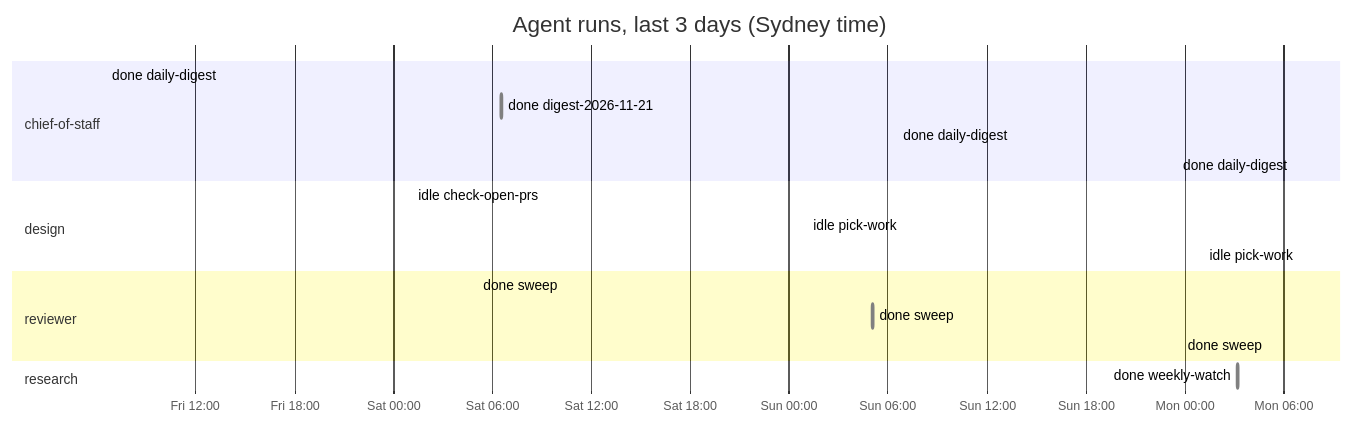
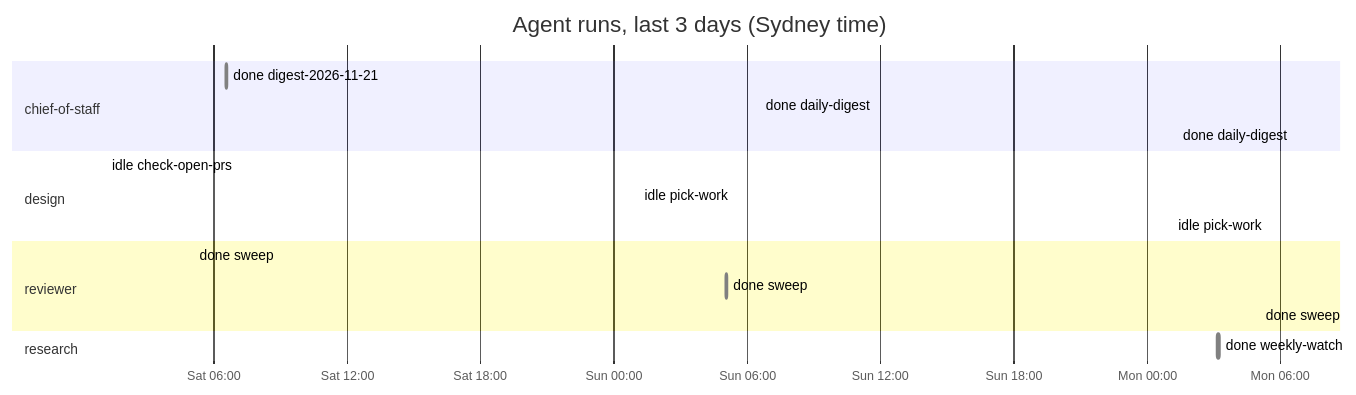
One commit to roulmediateam-byte/fifteen-expert-hq changed the diagram in dashboard.md. Above: the diagram before and after it, drawn with Mermaid. The commit also changed other lines of this file and 1 other file, not shown here.

````diff
--- a/dashboard.md
+++ b/dashboard.md
@@ -51,21 +51,20 @@
 ```mermaid
 gantt
     title Agent runs, last 3 days (Sydney time)
     dateFormat YYYY-MM-DD HH:mm
     axisFormat %a %H:%M
     section chief-of-staff
-    done daily-digest :done, 2026-11-20 06:35, 2026-11-20 06:37
     done digest-2026-11-21 :done, 2026-11-21 06:34, 2026-11-21 06:36
     done daily-digest :done, 2026-11-22 06:34, 2026-11-22 06:36
     done daily-digest :done, 2026-11-23 06:35, 2026-11-23 06:36
     section design
     idle check-open-prs :done, 2026-11-21 01:10, 2026-11-21 01:11
     idle pick-work :done, 2026-11-22 01:08, 2026-11-22 01:08
     idle pick-work :done, 2026-11-23 01:08, 2026-11-23 01:09
     section reviewer
     done sweep :done, 2026-11-21 05:05, 2026-11-21 05:06
     done sweep :done, 2026-11-22 05:05, 2026-11-22 05:06
     done sweep :done, 2026-11-23 05:04, 2026-11-23 05:06
     section research
     done weekly-watch :done, 2026-11-23 03:10, 2026-11-23 03:17
 ```
````
